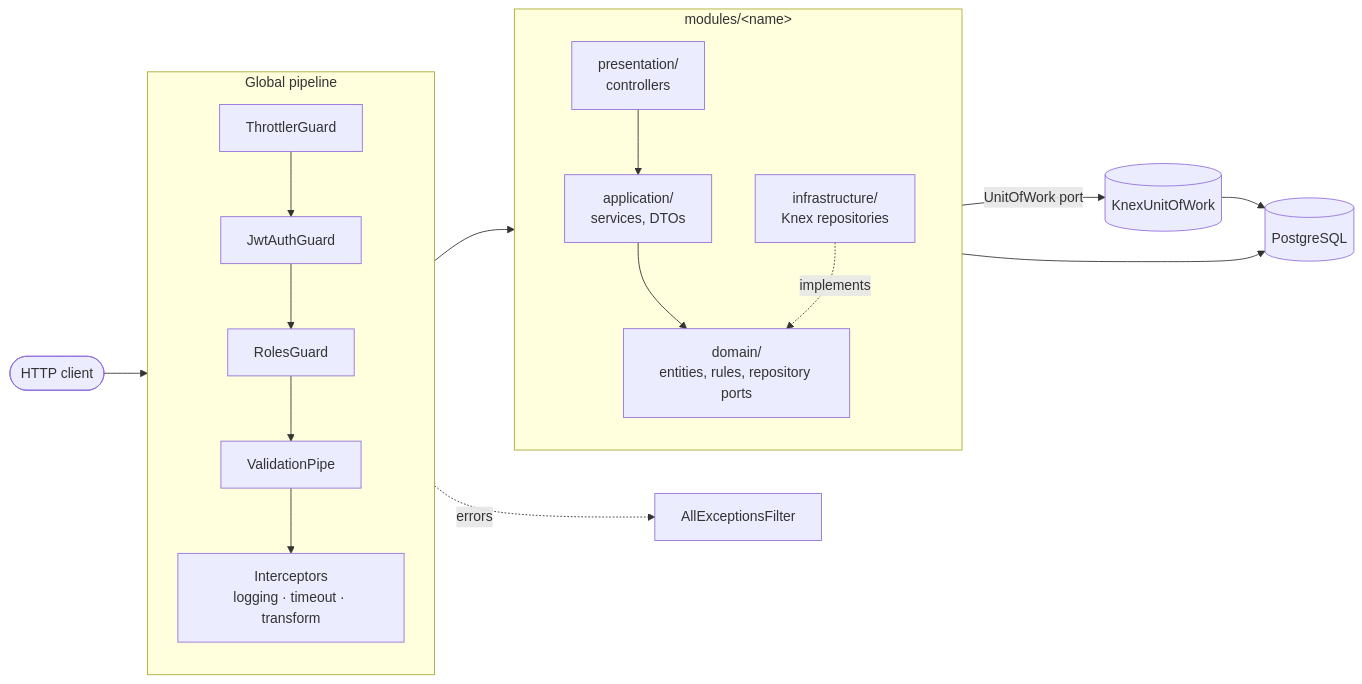
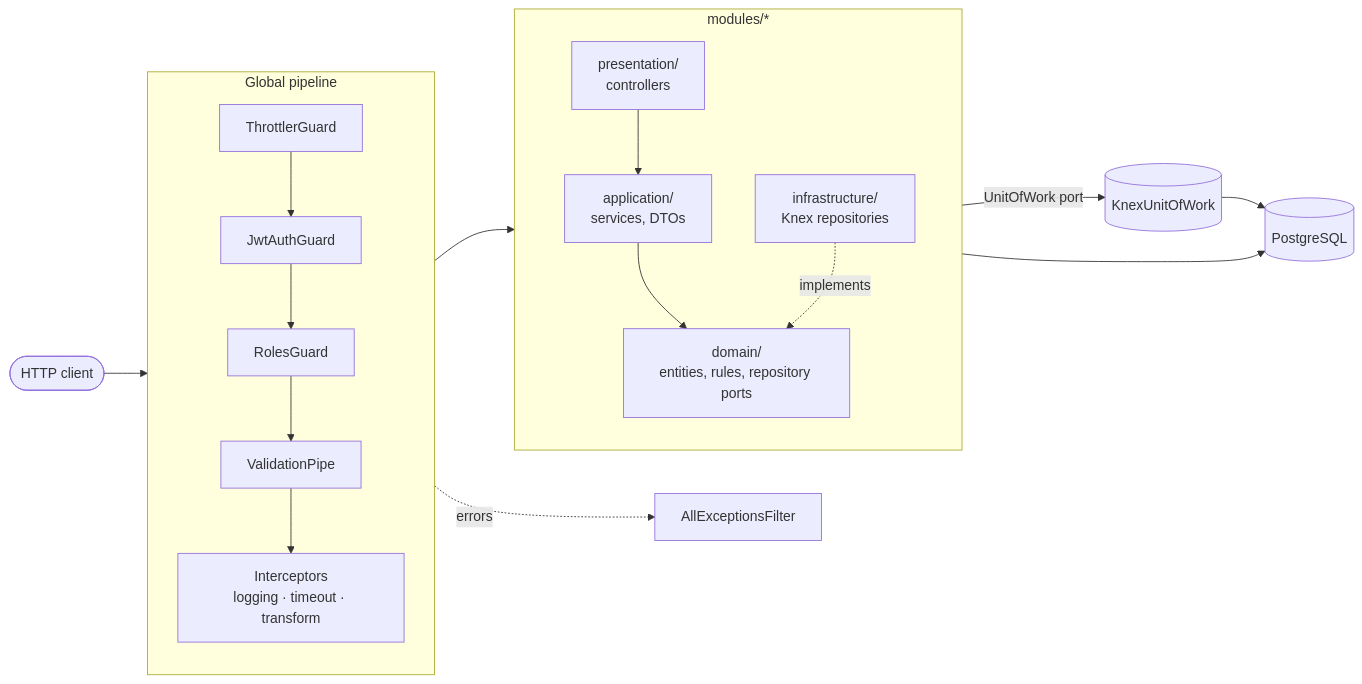
Before and after one commit to AymanYassien/nest-erp-api: the first of 3 diagrams in README.md, drawn with Mermaid. The commit also changed other lines of this file, not shown here.

Commit message:
docs: fix Mermaid parse error in refresh-token diagram
Mermaid treats ';' as a statement separator, which split the final note.

````diff
--- a/README.md
+++ b/README.md
@@ -32,24 +32,24 @@
 ```mermaid
 flowchart LR
     Client([HTTP client]) --> MW
 
     subgraph MW [Global pipeline]
         direction TB
         G1[ThrottlerGuard] --> G2[JwtAuthGuard] --> G3[RolesGuard]
         G3 --> P[ValidationPipe] --> I["Interceptors<br/>logging · timeout · transform"]
     end
 
     MW --> C
 
-    subgraph Module ["modules/&lt;name&gt;"]
+    subgraph Module ["modules/*"]
         direction TB
         C["presentation/<br/>controllers"] --> S["application/<br/>services, DTOs"]
         S --> D["domain/<br/>entities, rules, repository ports"]
         R["infrastructure/<br/>Knex repositories"] -. implements .-> D
     end
 
     S -- UnitOfWork port --> TX[(KnexUnitOfWork)]
     R --> DB[(PostgreSQL)]
     TX --> DB
     MW -. errors .-> F[AllExceptionsFilter]
 ```
````
